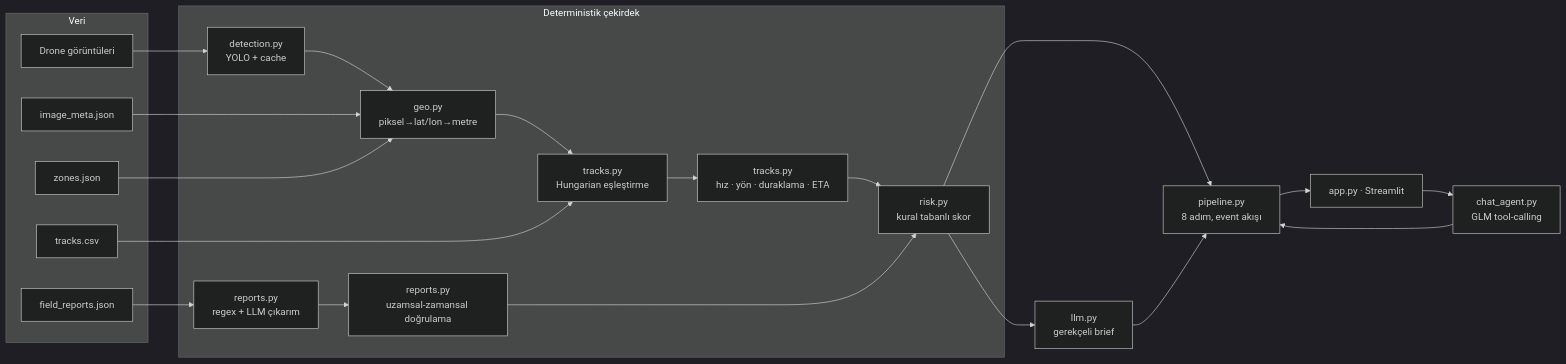
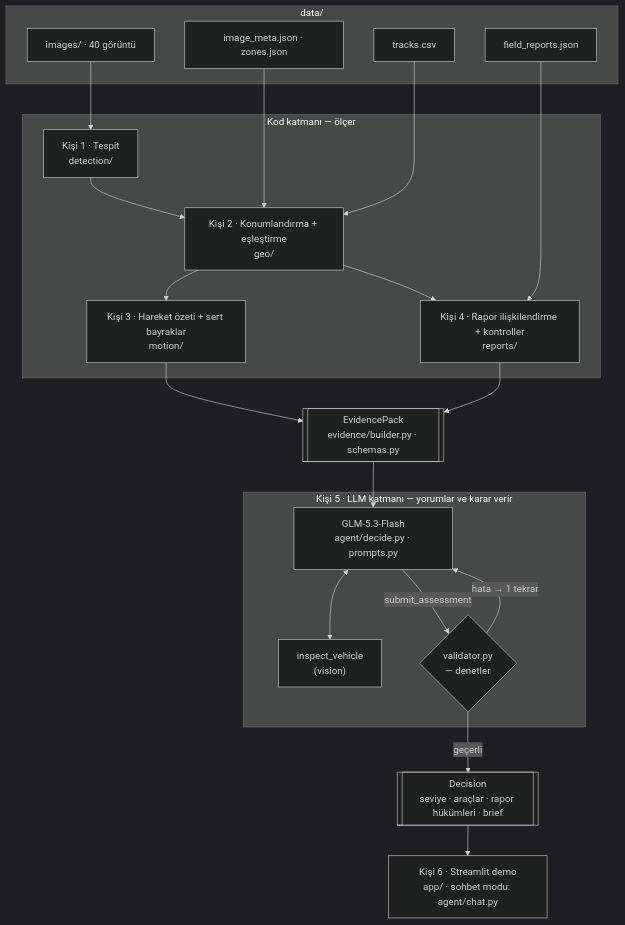
The diagram in README.md (karaokteam/dss), drawn with Mermaid (dark theme) before and after one commit. The commit also changed other lines of this file and 84 other files, not shown here.

````diff
--- a/README.md
+++ b/README.md
@@ -5,23 +11,40 @@
 ```mermaid
-flowchart LR
-  subgraph Veri
-    IMG[Drone görüntüleri] ; META[image_meta.json] ; ZON[zones.json]
-    TRK[tracks.csv] ; REP[field_reports.json]
+flowchart TB
+  subgraph VERI["data/"]
+    IMG["images/ · 40 görüntü"]
+    META["image_meta.json · zones.json"]
+    TRK["tracks.csv"]
+    REP["field_reports.json"]
   end
-  subgraph Deterministik çekirdek
-    DET[detection.py<br/>YOLO + cache] --> GEO[geo.py<br/>piksel→lat/lon→metre]
-    GEO --> MAT[tracks.py<br/>Hungarian eşleştirme]
-    MAT --> MOT[tracks.py<br/>hız · yön · duraklama · ETA]
-    REP --> PAR[reports.py<br/>regex + LLM çıkarım]
-    PAR --> VER[reports.py<br/>uzamsal-zamansal doğrulama]
-    MOT --> RSK[risk.py<br/>kural tabanlı skor]
-    VER --> RSK
+
+  subgraph KOD["Kod katmanı — ölçer"]
+    DET["Kişi 1 · Tespit<br/>detection/"]
+    GEO["Kişi 2 · Konumlandırma + eşleştirme<br/>geo/"]
+    MOT["Kişi 3 · Hareket özeti + sert bayraklar<br/>motion/"]
+    RPT["Kişi 4 · Rapor ilişkilendirme + kontroller<br/>reports/"]
   end
-  IMG --> DET ; META --> GEO ; ZON --> GEO ; TRK --> MAT
-  RSK --> BRF[llm.py<br/>gerekçeli brief]
-  RSK --> PIPE[pipeline.py<br/>8 adım, event akışı]
-  BRF --> PIPE
-  PIPE --> UI[app.py · Streamlit]
-  CHAT[chat_agent.py<br/>GLM tool-calling] --> PIPE
-  UI --> CHAT
+
+  PACK[["EvidencePack<br/>evidence/builder.py · schemas.py"]]
+
+  subgraph AJAN["Kişi 5 · LLM katmanı — yorumlar ve karar verir"]
+    LLM["GLM-5.3-Flash<br/>agent/decide.py · prompts.py"]
+    VIS["inspect_vehicle<br/>(vision)"]
+    VAL{"validator.py<br/>— denetler"}
+  end
+
+  OUT[["Decision<br/>seviye · araçlar · rapor hükümleri · brief"]]
+  UI["Kişi 6 · Streamlit demo<br/>app/ · sohbet modu: agent/chat.py"]
+
+  IMG --> DET --> GEO
+  META --> GEO
+  TRK --> GEO --> MOT
+  REP --> RPT
+  GEO --> RPT
+  MOT --> PACK
+  RPT --> PACK
+  PACK --> LLM
+  LLM <--> VIS
+  LLM -->|submit_assessment| VAL
+  VAL -->|hata → 1 tekrar| LLM
+  VAL -->|geçerli| OUT --> UI
 ```
````
